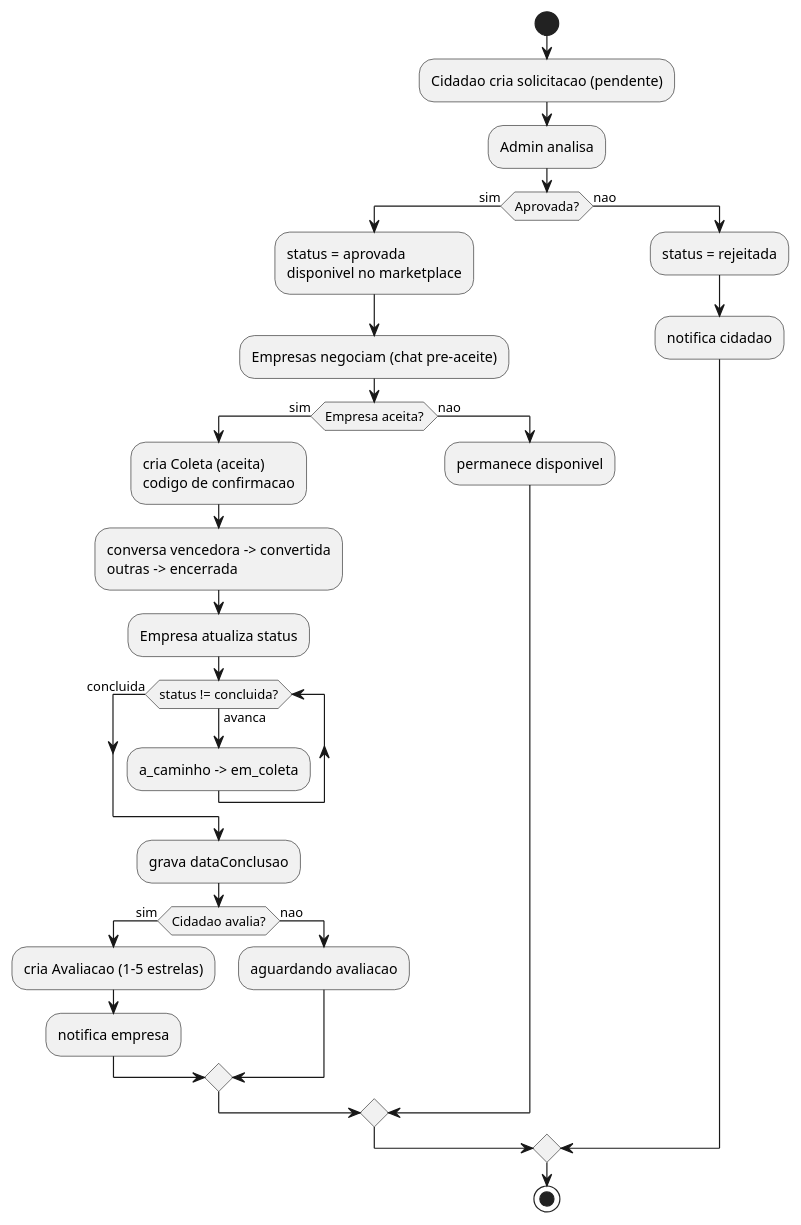
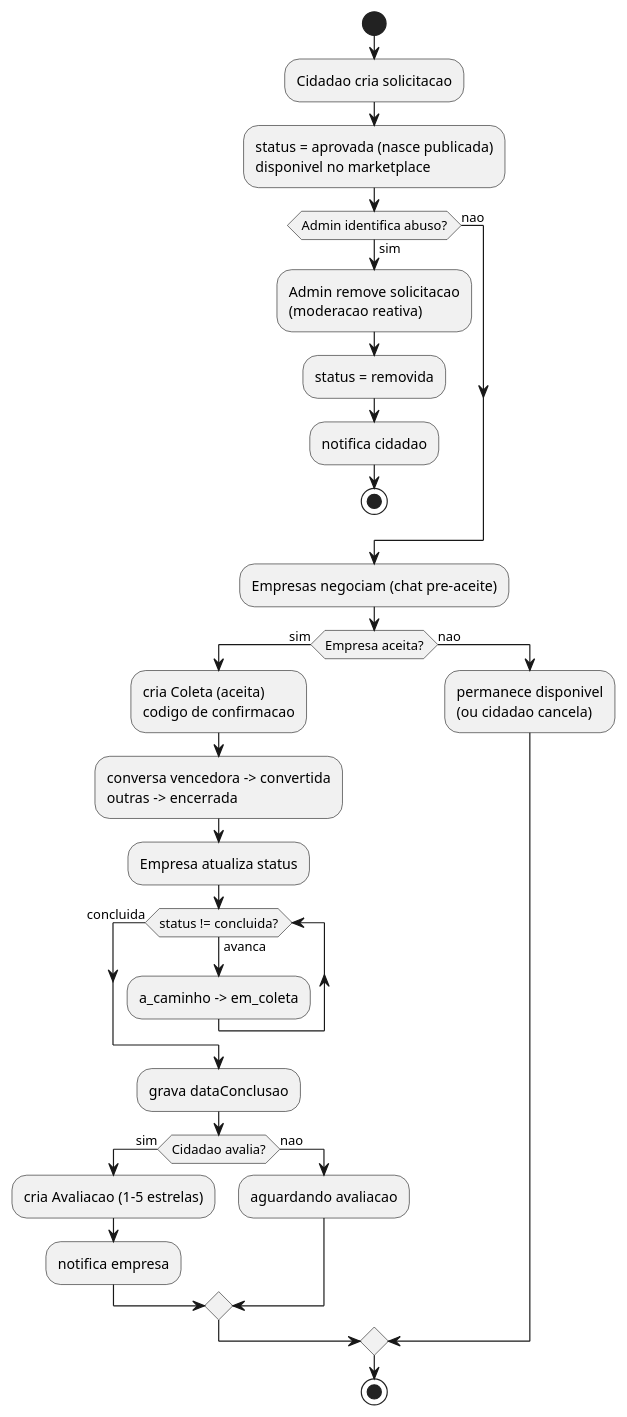
One commit to lononeiro/olx-ecologico changed the first of 3 diagrams in docs/uml/3-atividades/atividades.puml. Above: the diagram before and after it, drawn with PlantUML. The commit also changed other lines of this file and 53 other files, not shown here.

First line of the commit message:
docs(uml): revisao dos diagramas e sincronizacao docs/ com uml/

```diff
--- a/docs/uml/3-atividades/atividades.puml
+++ b/docs/uml/3-atividades/atividades.puml
@@ -1,31 +1,32 @@
 @startuml atividade-macro
 ' Atividade - Fluxo macro: solicitacao -> coleta -> avaliacao
 start
-:Cidadao cria solicitacao (pendente);
-:Admin analisa;
-if (Aprovada?) then (sim)
-  :status = aprovada\ndisponivel no marketplace;
-  :Empresas negociam (chat pre-aceite);
-  if (Empresa aceita?) then (sim)
-    :cria Coleta (aceita)\ncodigo de confirmacao;
-    :conversa vencedora -> convertida\noutras -> encerrada;
-    :Empresa atualiza status;
-    while (status != concluida?) is (avanca)
-      :a_caminho -> em_coleta;
-    endwhile (concluida)
-    :grava dataConclusao;
-    if (Cidadao avalia?) then (sim)
-      :cria Avaliacao (1-5 estrelas);
-      :notifica empresa;
-    else (nao)
-      :aguardando avaliacao;
-    endif
+:Cidadao cria solicitacao;
+:status = aprovada (nasce publicada)\ndisponivel no marketplace;
+if (Admin identifica abuso?) then (sim)
+  :Admin remove solicitacao\n(moderacao reativa);
+  :status = removida;
+  :notifica cidadao;
+  stop
+else (nao)
+endif
+:Empresas negociam (chat pre-aceite);
+if (Empresa aceita?) then (sim)
+  :cria Coleta (aceita)\ncodigo de confirmacao;
+  :conversa vencedora -> convertida\noutras -> encerrada;
+  :Empresa atualiza status;
+  while (status != concluida?) is (avanca)
+    :a_caminho -> em_coleta;
+  endwhile (concluida)
+  :grava dataConclusao;
+  if (Cidadao avalia?) then (sim)
+    :cria Avaliacao (1-5 estrelas);
+    :notifica empresa;
   else (nao)
-    :permanece disponivel;
+    :aguardando avaliacao;
   endif
 else (nao)
-  :status = rejeitada;
-  :notifica cidadao;
+  :permanece disponivel\n(ou cidadao cancela);
 endif
 stop
 @enduml
```
